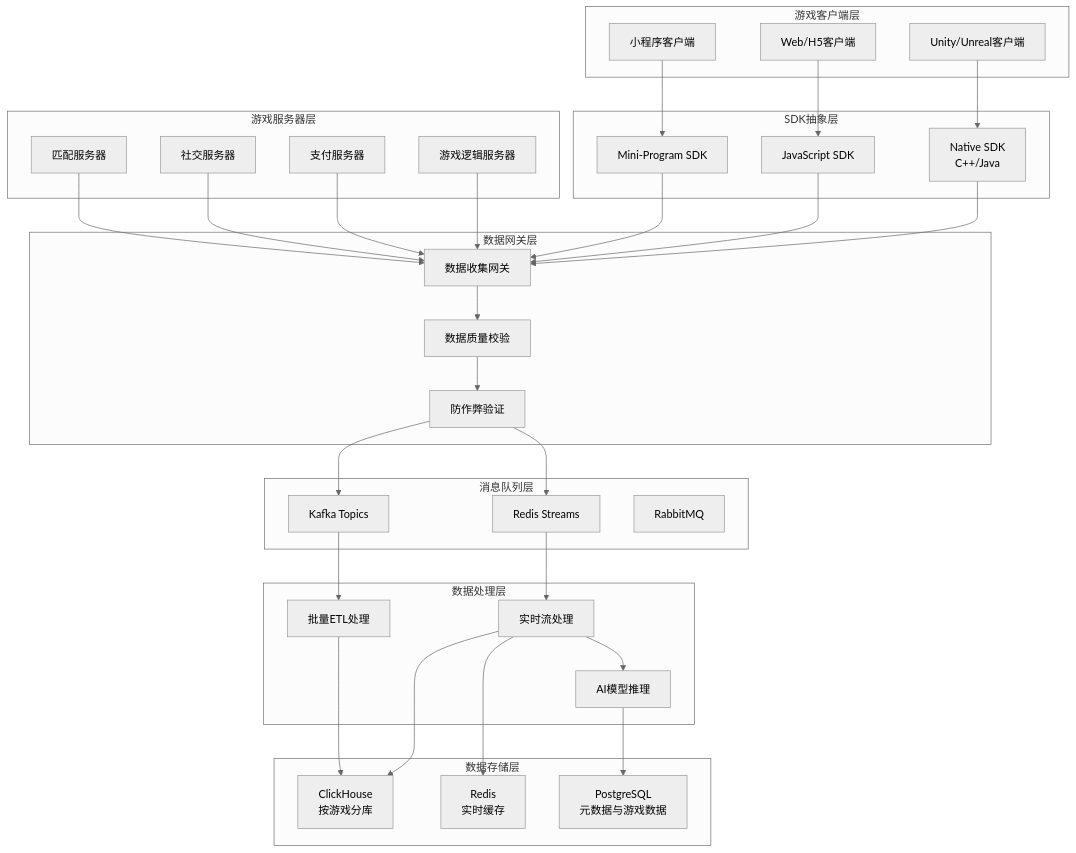
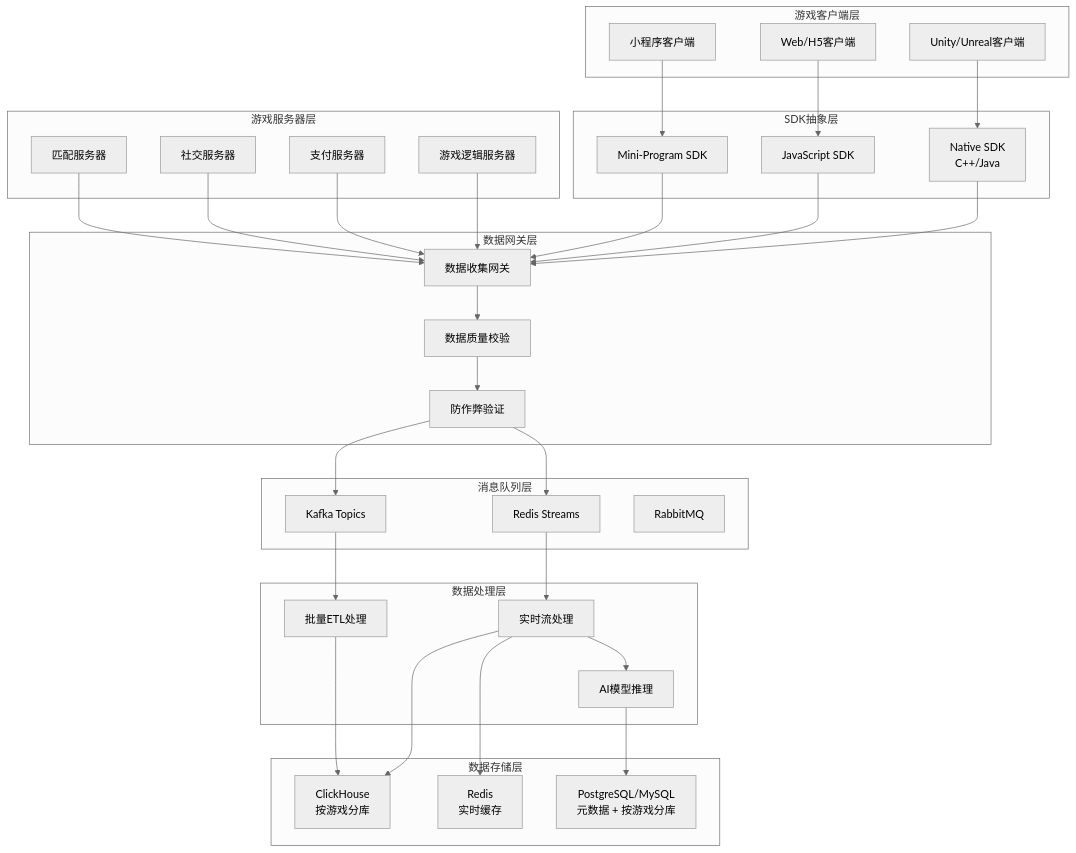
Before and after one commit to cuihairu/croupier: the diagram in docs/analytics/data-collection-architecture.md, drawn with Mermaid (neutral theme). The commit also changed 29 other files, not shown here.

First line of the commit message:
refactor: implement database-per-game architecture

````diff
--- a/docs/analytics/data-collection-architecture.md
+++ b/docs/analytics/data-collection-architecture.md
@@ -7,72 +7,72 @@
 ```mermaid
 graph TB
     subgraph "游戏客户端层"
         A1[Unity/Unreal客户端]
         A2[Web/H5客户端]
         A3[小程序客户端]
     end
 
     subgraph "SDK抽象层"
         B1[Native SDK<br/>C++/Java]
         B2[JavaScript SDK]
         B3[Mini-Program SDK]
     end
 
     subgraph "游戏服务器层"
         C1[游戏逻辑服务器]
         C2[支付服务器]
         C3[社交服务器]
         C4[匹配服务器]
     end
 
     subgraph "数据网关层"
         D1[数据收集网关]
         D2[数据质量校验]
         D3[防作弊验证]
     end
 
     subgraph "消息队列层"
         E1[Redis Streams]
         E2[Kafka Topics]
         E3[RabbitMQ]
     end
 
     subgraph "数据处理层"
         F1[实时流处理]
         F2[批量ETL处理]
         F3[AI模型推理]
     end
 
     subgraph "数据存储层"
         G1[ClickHouse<br/>按游戏分库]
         G2[Redis<br/>实时缓存]
-        G3[PostgreSQL<br/>元数据与游戏数据]
+        G3[PostgreSQL/MySQL<br/>元数据 + 按游戏分库]
     end
 
     A1 --> B1
     A2 --> B2
     A3 --> B3
 
     B1 --> D1
     B2 --> D1
     B3 --> D1
 
     C1 --> D1
     C2 --> D1
     C3 --> D1
     C4 --> D1
 
     D1 --> D2
     D2 --> D3
     D3 --> E1
     D3 --> E2
 
     E1 --> F1
     E2 --> F2
     F1 --> F3
 
     F1 --> G1
     F1 --> G2
     F2 --> G1
     F3 --> G3
 ```
````
